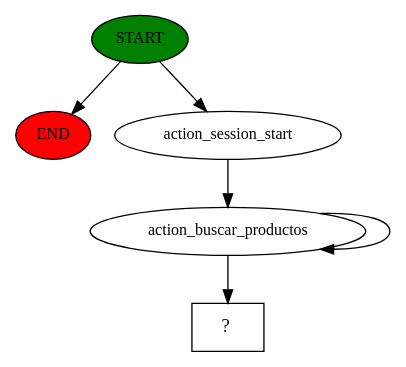
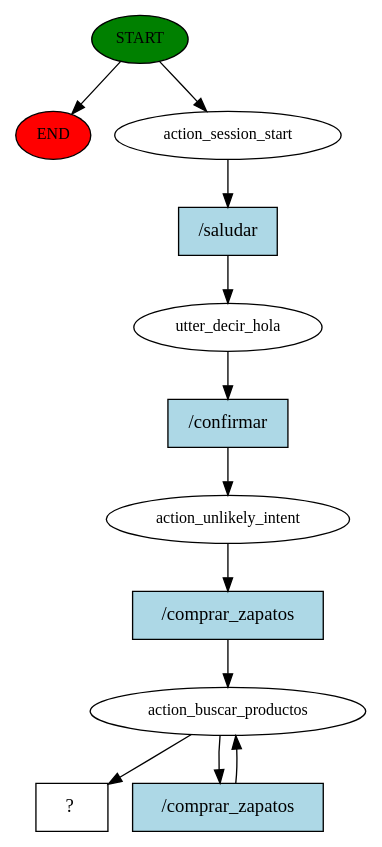
The diagram in story_graph.dot (Daniel45450/chatbot_exploratoria), drawn with Graphviz before and after one commit. The commit also changed 6 other files, not shown here.

Commit message:
ahora buscar_productos resetea los slots para buscar un nuevo producto

```diff
--- a/story_graph.dot
+++ b/story_graph.dot
@@ -1,12 +1,24 @@
 digraph  {
 0 [class="start active", fillcolor=green, fontsize=12, label=START, style=filled];
 "-1" [class=end, fillcolor=red, fontsize=12, label=END, style=filled];
 1 [class=active, fontsize=12, label=action_session_start];
-2 [class=active, fontsize=12, label=action_buscar_productos];
-37 [class="intent dashed active", label="  ?  ", shape=rect];
+2 [class=active, fontsize=12, label=utter_decir_hola];
+3 [class=active, fontsize=12, label=action_unlikely_intent];
+4 [class=active, fontsize=12, label=action_buscar_productos];
+27 [class="intent dashed active", label="  ?  ", shape=rect];
+28 [class="intent active", fillcolor=lightblue, label="/saludar", shape=rect, style=filled];
+29 [class="intent active", fillcolor=lightblue, label="/confirmar", shape=rect, style=filled];
+30 [class="intent active", fillcolor=lightblue, label="/comprar_zapatos", shape=rect, style=filled];
+31 [class="intent active", fillcolor=lightblue, label="/comprar_zapatos", shape=rect, style=filled];
 0 -> "-1"  [class="", key=NONE, label=""];
 0 -> 1  [class=active, key=NONE, label=""];
-1 -> 2  [class=active, key=NONE, label=""];
-2 -> 2  [class=active, key=NONE, label=""];
-2 -> 37  [class=active, key=NONE, label=""];
+1 -> 28  [class=active, key=0];
+2 -> 29  [class=active, key=0];
+3 -> 30  [class=active, key=0];
+4 -> 27  [class=active, key=NONE, label=""];
+4 -> 31  [class=active, key=0];
+28 -> 2  [class=active, key=0];
+29 -> 3  [class=active, key=0];
+30 -> 4  [class=active, key=0];
+31 -> 4  [class=active, key=0];
 }
```
